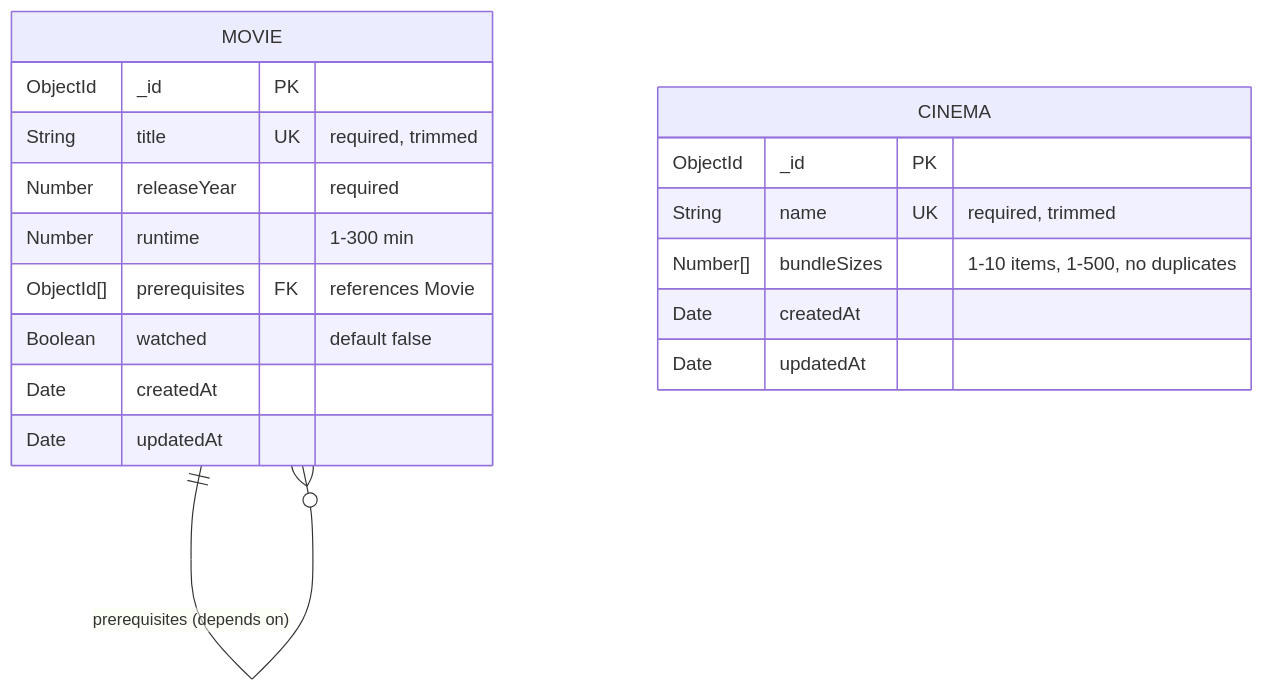
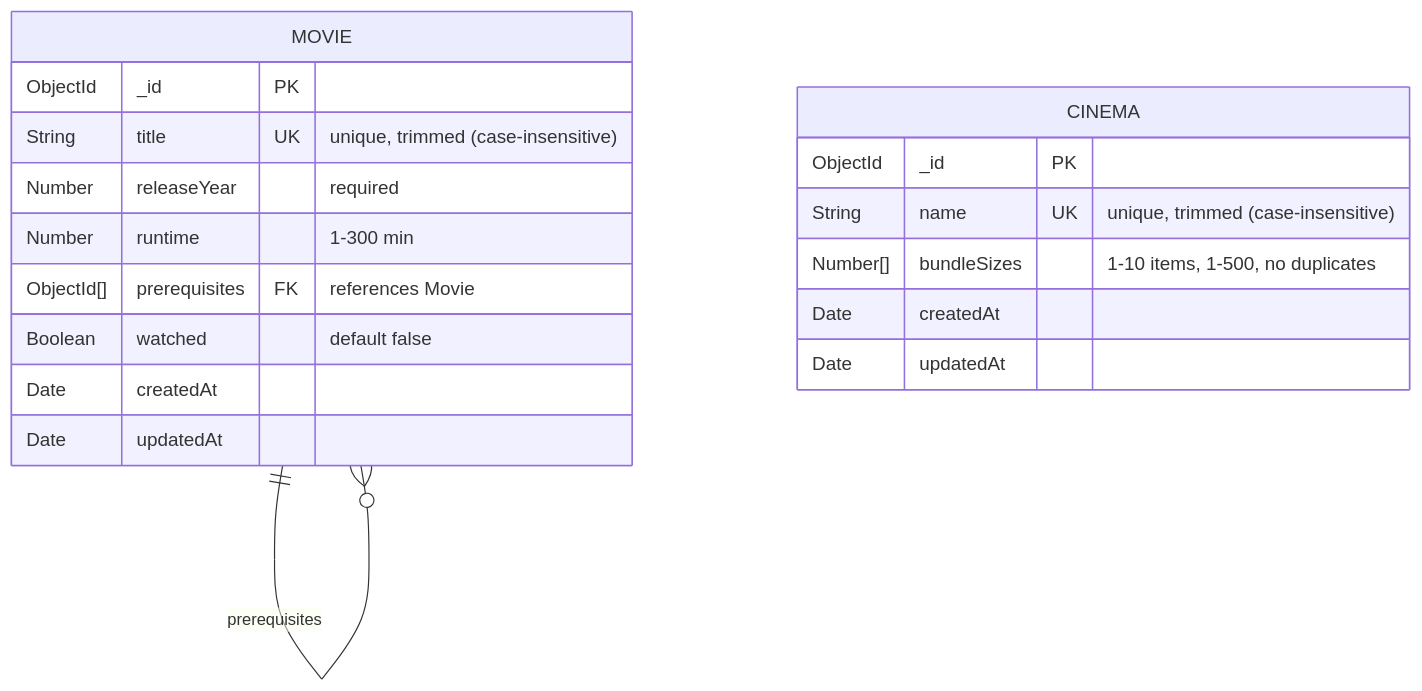
One commit to Mdnayem097/doomsday-ready changed the diagram in README.md. Above: the diagram before and after it, drawn with Mermaid. The commit also changed other lines of this file, not shown here.

Commit message:
docs: write comprehensive and accurate README with API reference, ER diagram, and algorithms

````diff
--- a/README.md
+++ b/README.md
@@ -93,22 +414,22 @@
 ```mermaid
 erDiagram
-    MOVIE ||--o{ MOVIE : "prerequisites (depends on)"
+    MOVIE ||--o{ MOVIE : "prerequisites"
     MOVIE {
         ObjectId _id PK
-        String title UK "required, trimmed"
+        String title UK "unique, trimmed (case-insensitive)"
         Number releaseYear "required"
         Number runtime "1-300 min"
         ObjectId[] prerequisites FK "references Movie"
         Boolean watched "default false"
         Date createdAt
         Date updatedAt
     }
 
     CINEMA {
         ObjectId _id PK
-        String name UK "required, trimmed"
+        String name UK "unique, trimmed (case-insensitive)"
         Number[] bundleSizes "1-10 items, 1-500, no duplicates"
         Date createdAt
         Date updatedAt
     }
 ```
````
